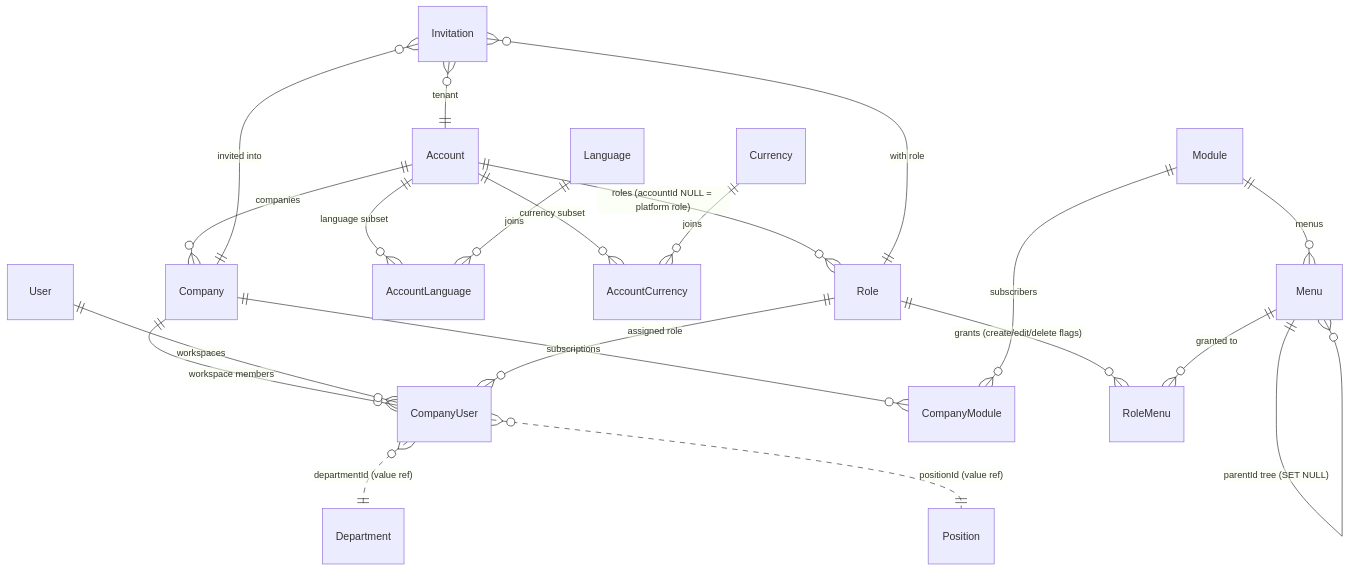
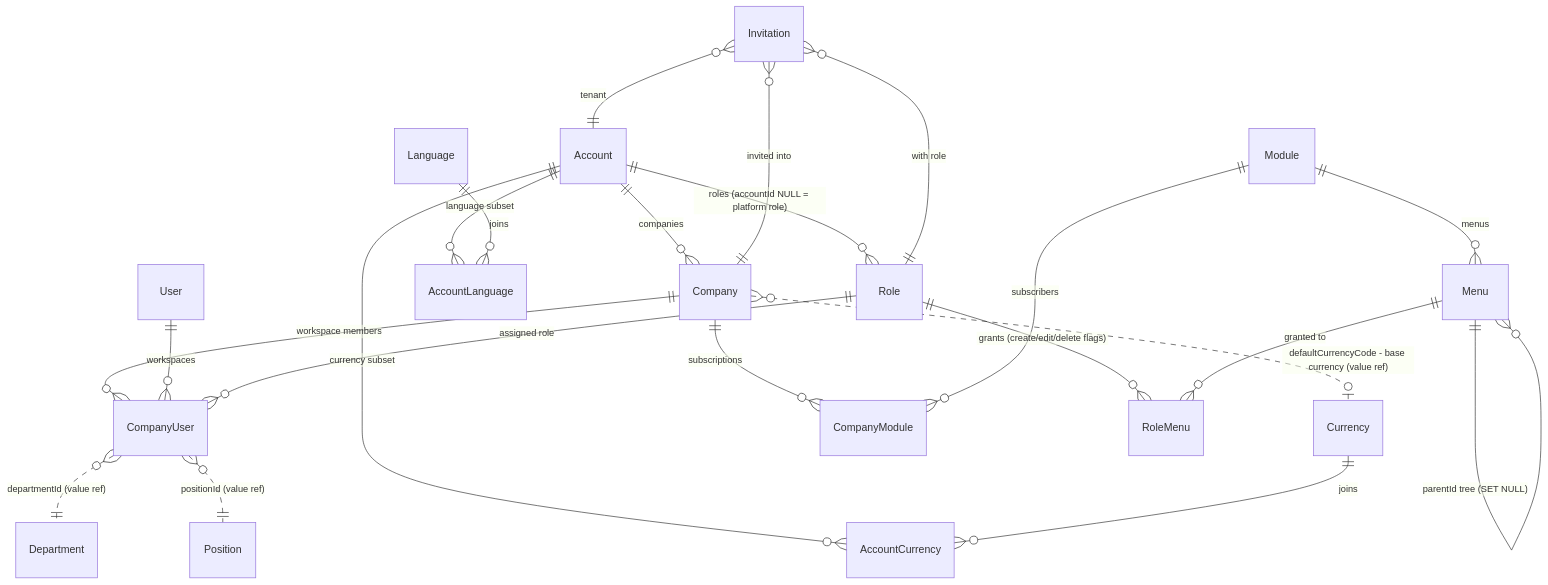
Before and after one commit to hsfun360/saas-platform: the first of 6 diagrams in docs/data-model.md, drawn with Mermaid. The commit also changed other lines of this file, not shown here.

````diff
--- a/docs/data-model.md
+++ b/docs/data-model.md
@@ -42,23 +58,24 @@
 ```mermaid
 erDiagram
     Account ||--o{ Company : "companies"
     Account ||--o{ Role : "roles (accountId NULL = platform role)"
     Account ||--o{ AccountLanguage : "language subset"
     Language ||--o{ AccountLanguage : "joins"
     Account ||--o{ AccountCurrency : "currency subset"
     Currency ||--o{ AccountCurrency : "joins"
     Company ||--o{ CompanyUser : "workspace members"
     User ||--o{ CompanyUser : "workspaces"
     Role ||--o{ CompanyUser : "assigned role"
     CompanyUser }o..|| Department : "departmentId (value ref)"
     CompanyUser }o..|| Position : "positionId (value ref)"
     Module ||--o{ Menu : "menus"
     Menu ||--o{ Menu : "parentId tree (SET NULL)"
     Company ||--o{ CompanyModule : "subscriptions"
     Module ||--o{ CompanyModule : "subscribers"
     Role ||--o{ RoleMenu : "grants (create/edit/delete flags)"
     Menu ||--o{ RoleMenu : "granted to"
     Invitation }o--|| Company : "invited into"
     Invitation }o--|| Account : "tenant"
     Invitation }o--|| Role : "with role"
+    Company }o..o| Currency : "defaultCurrencyCode - base currency (value ref)"
 ```
````
